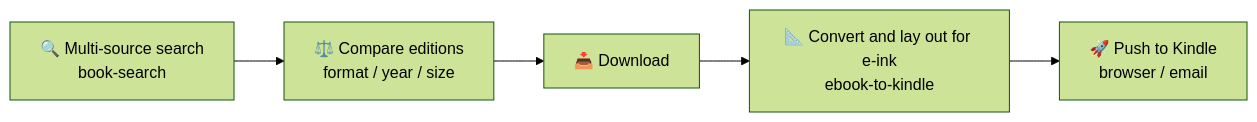
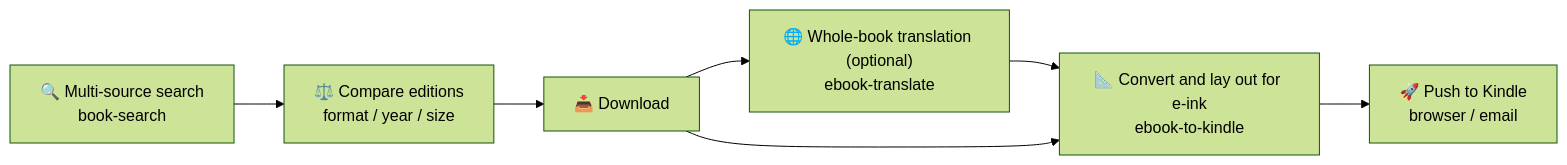
The diagram in README.en.md (Ryumuu/kindle-book-pipeline), drawn with Mermaid (forest theme) before and after one commit. The commit also changed other lines of this file and 5 other files, not shown here.

First line of the commit message:
feat: add ebook-translate module for Chinese and bilingual editions

````diff
--- a/README.en.md
+++ b/README.en.md
@@ -21,7 +21,9 @@
 ```mermaid
 flowchart LR
     A["🔍 Multi-source search<br/>book-search"] --> B["⚖️ Compare editions<br/>format / year / size"]
     B --> C["📥 Download"]
-    C --> D["📐 Convert and lay out for e-ink<br/>ebook-to-kindle"]
+    C --> T["🌐 Whole-book translation (optional)<br/>ebook-translate"]
+    T --> D["📐 Convert and lay out for e-ink<br/>ebook-to-kindle"]
+    C --> D
     D --> E["🚀 Push to Kindle<br/>browser / email"]
 ```
````
